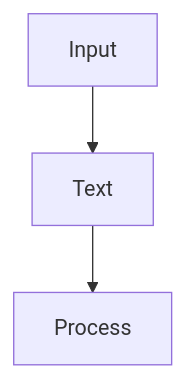
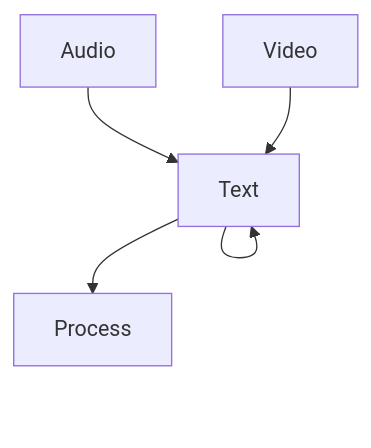
Before and after one commit to sh-navid/NExT: the diagram in README.md, drawn with Mermaid.

````diff
--- a/README.md
+++ b/README.md
@@ -7,5 +7,7 @@
 ```mermaid
 graph TD;
-    Input-->Text;
+    Audio-->Text;
+    Video-->Text;
+    Text-->Text;
     Text-->Process;
 ```
````
